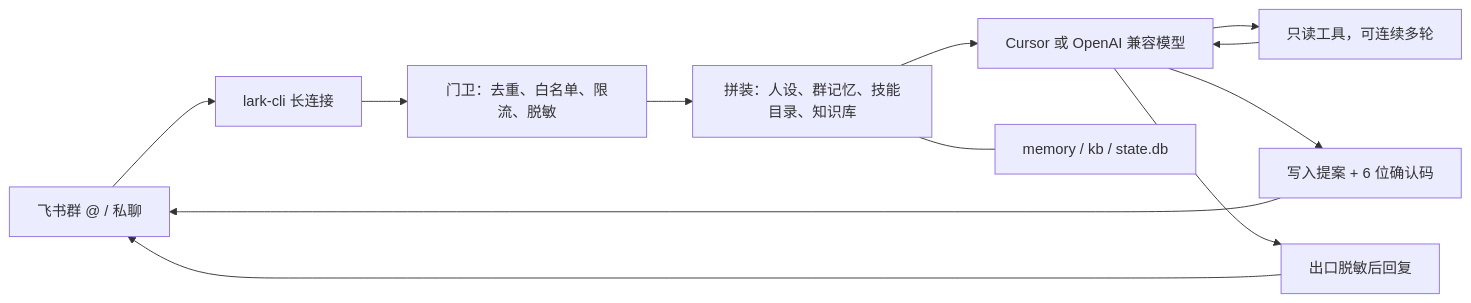
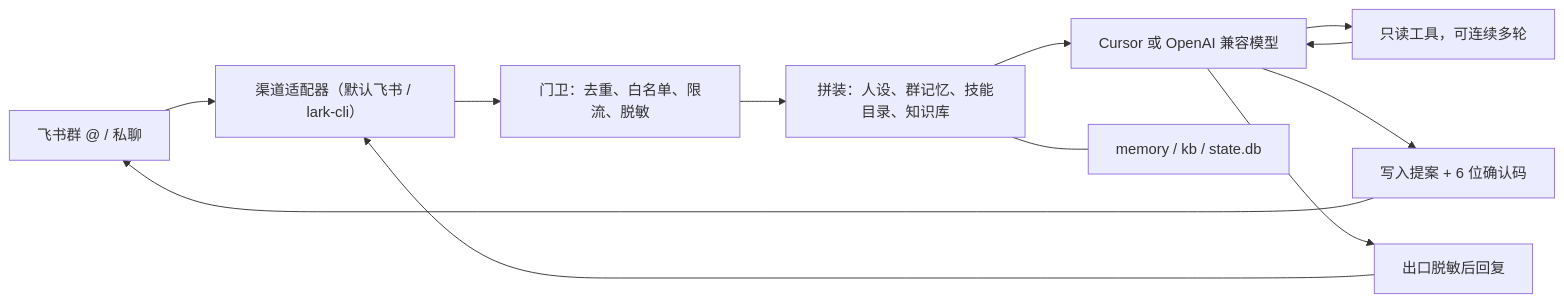
Before and after one commit to endtree-FDE/feishu-group-agent: the diagram in README.md, drawn with Mermaid. The commit also changed other lines of this file and 16 other files, not shown here.

````diff
--- a/README.md
+++ b/README.md
@@ -19,14 +19,14 @@
 ```mermaid
 flowchart LR
-  feishu["飞书群 @ / 私聊"] --> lark["lark-cli 长连接"]
-  lark --> guard["门卫：去重、白名单、限流、脱敏"]
+  feishu["飞书群 @ / 私聊"] --> ch["渠道适配器（默认飞书 / lark-cli）"]
+  ch --> guard["门卫：去重、白名单、限流、脱敏"]
   guard --> pack["拼装：人设、群记忆、技能目录、知识库"]
   pack --> model["Cursor 或 OpenAI 兼容模型"]
   model --> tools["只读工具，可连续多轮"]
   model --> confirm["写入提案 + 6 位确认码"]
   tools --> model
   confirm --> feishu
   model --> out["出口脱敏后回复"]
-  out --> feishu
+  out --> ch
   pack --- store["memory / kb / state.db"]
 ```
````
